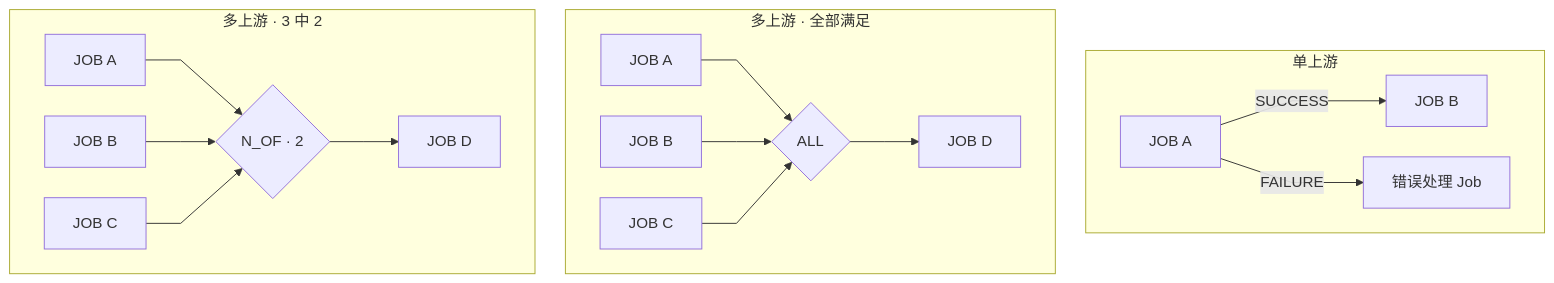
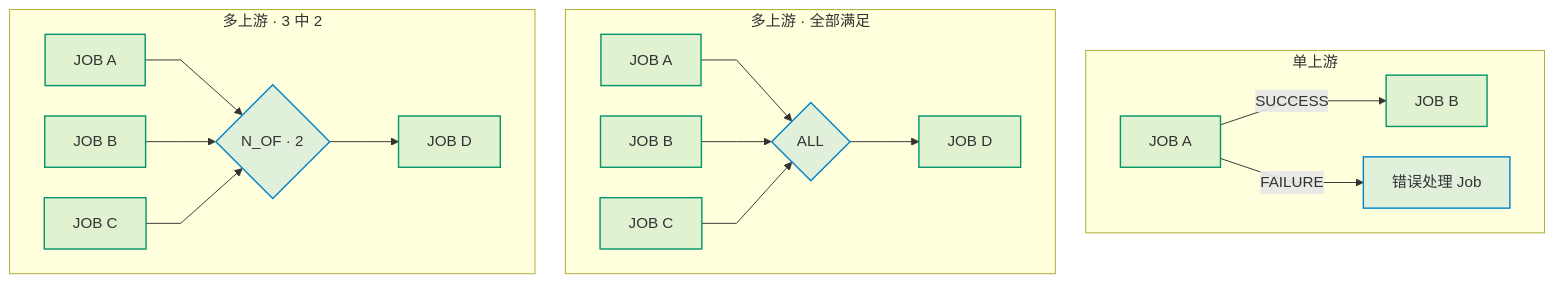
One commit to pinpols/file-batch-system changed the first of 6 diagrams in docs/architecture/workflow-dependency-guide.md. Above: the diagram before and after it, drawn with Mermaid. The commit also changed other lines of this file and 34 other files, not shown here.

First line of the commit message:
docs(diagram): 完成 P3 Mermaid 图样式收口并补充制图规范 (#1390)

````diff
--- a/docs/architecture/workflow-dependency-guide.md
+++ b/docs/architecture/workflow-dependency-guide.md
@@ -16,23 +16,26 @@
 ```mermaid
 %%{init: {"flowchart":{"curve":"linear","nodeSpacing":32,"rankSpacing":48},"sequence":{"mirrorActors":false}}}%%
 flowchart TB
   subgraph SINGLE["单上游"]
     direction LR
-    A1["JOB A"] -->|"SUCCESS"| A2["JOB B"]
-    A1 -->|"FAILURE"| A3["错误处理 Job"]
+    A1["JOB A"]:::worker -->|"SUCCESS"| A2["JOB B"]:::worker
+    A1 -->|"FAILURE"| A3["错误处理 Job"]:::control
   end
   subgraph ALL["多上游 · 全部满足"]
     direction LR
-    B1["JOB A"] --> BG{"ALL"}
-    B2["JOB B"] --> BG
-    B3["JOB C"] --> BG
-    BG --> B4["JOB D"]
+    B1["JOB A"]:::worker --> BG{"ALL"}:::control
+    B2["JOB B"]:::worker --> BG
+    B3["JOB C"]:::worker --> BG
+    BG --> B4["JOB D"]:::worker
   end
   subgraph N["多上游 · 3 中 2"]
     direction LR
-    C1["JOB A"] --> CG{"N_OF · 2"}
-    C2["JOB B"] --> CG
-    C3["JOB C"] --> CG
-    CG --> C4["JOB D"]
+    C1["JOB A"]:::worker --> CG{"N_OF · 2"}:::control
+    C2["JOB B"]:::worker --> CG
+    C3["JOB C"]:::worker --> CG
+    CG --> C4["JOB D"]:::worker
   end
+
+  classDef control fill:#0284c71f,stroke:#0284c7,stroke-width:1.5px
+  classDef worker fill:#0596691f,stroke:#059669,stroke-width:1.5px
 ```
````
